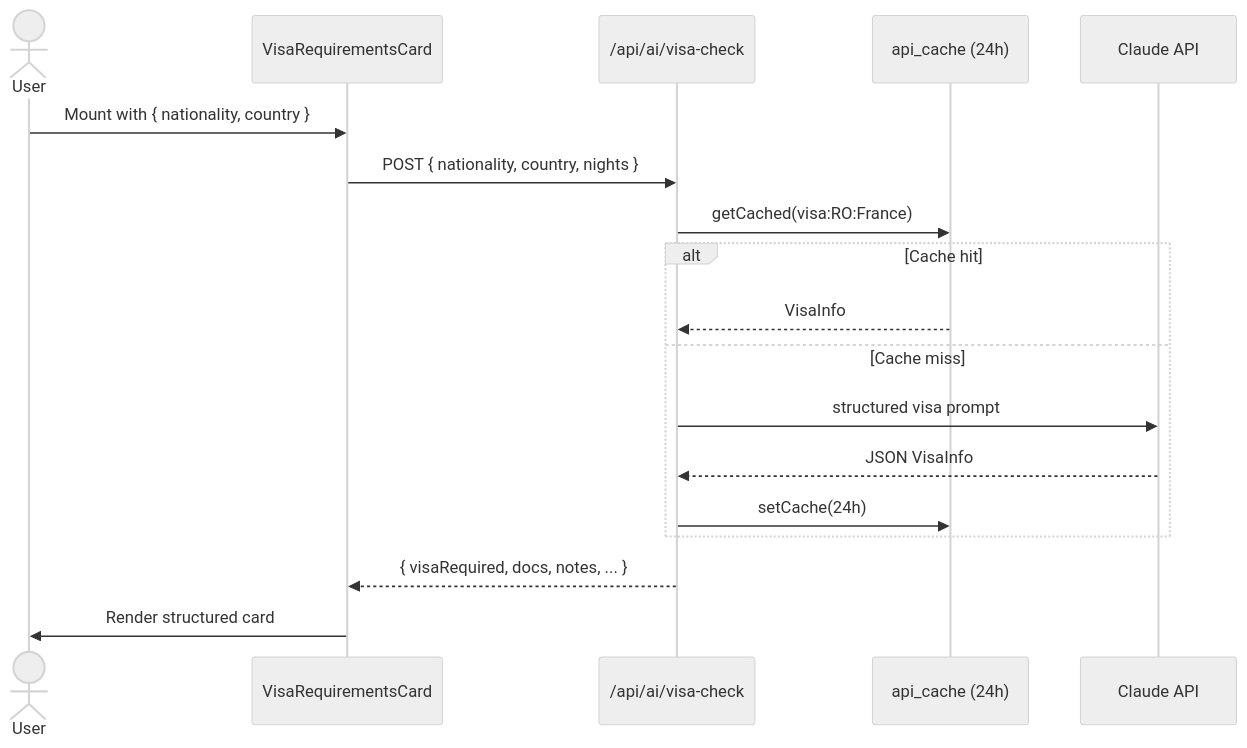
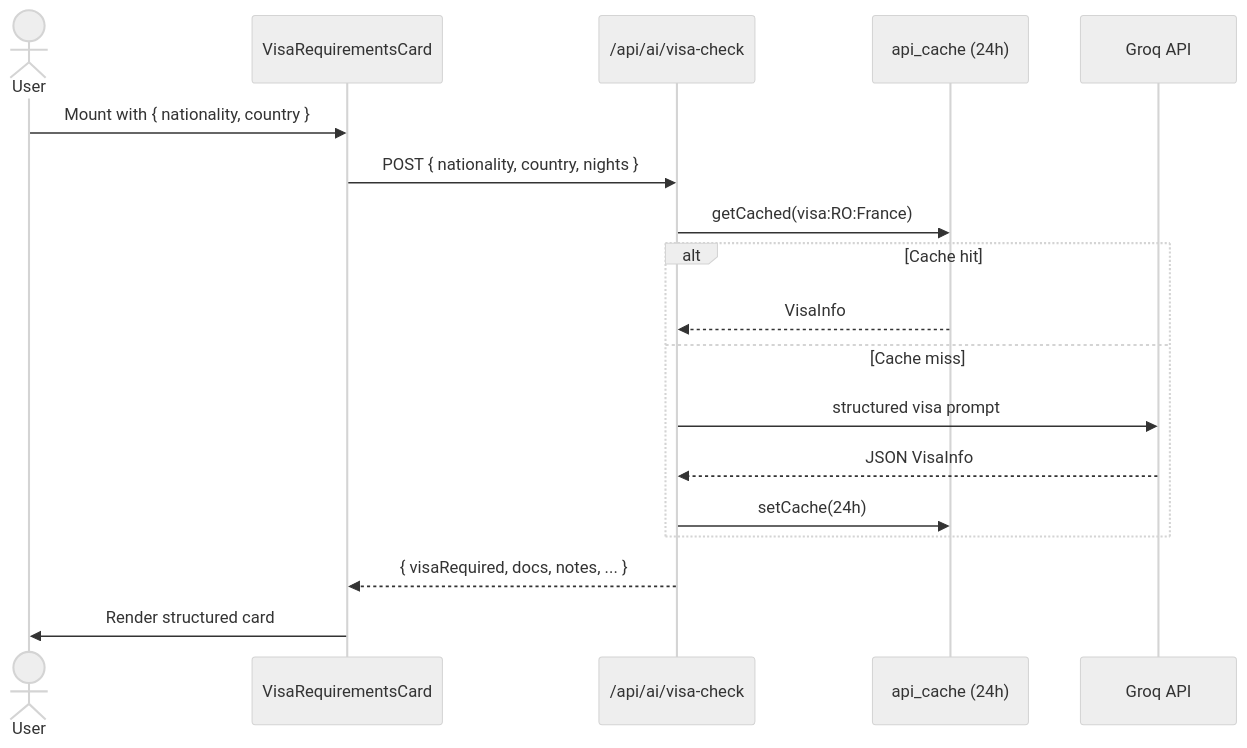
One commit to robertalc1/TravelTwin changed the seventh of 7 diagrams in docs/architecture.md. Above: the diagram before and after it, drawn with Mermaid (neutral theme). The commit also changed other lines of this file and 10 other files, not shown here.

First line of the commit message:
feat(ai): migrate all AI endpoints from Anthropic Claude to Groq Llama 3.3 70B

````diff
--- a/docs/architecture.md
+++ b/docs/architecture.md
@@ -231,21 +227,21 @@
 ```mermaid
 sequenceDiagram
     actor U as User
     participant V as VisaRequirementsCard
     participant API as /api/ai/visa-check
     participant Cache as api_cache (24h)
-    participant C as Claude API
+    participant C as Groq API
 
     U->>V: Mount with { nationality, country }
     V->>API: POST { nationality, country, nights }
     API->>Cache: getCached(visa:RO:France)
     alt Cache hit
         Cache-->>API: VisaInfo
     else Cache miss
         API->>C: structured visa prompt
         C-->>API: JSON VisaInfo
         API->>Cache: setCache(24h)
     end
     API-->>V: { visaRequired, docs, notes, ... }
     V->>U: Render structured card
 ```
````
